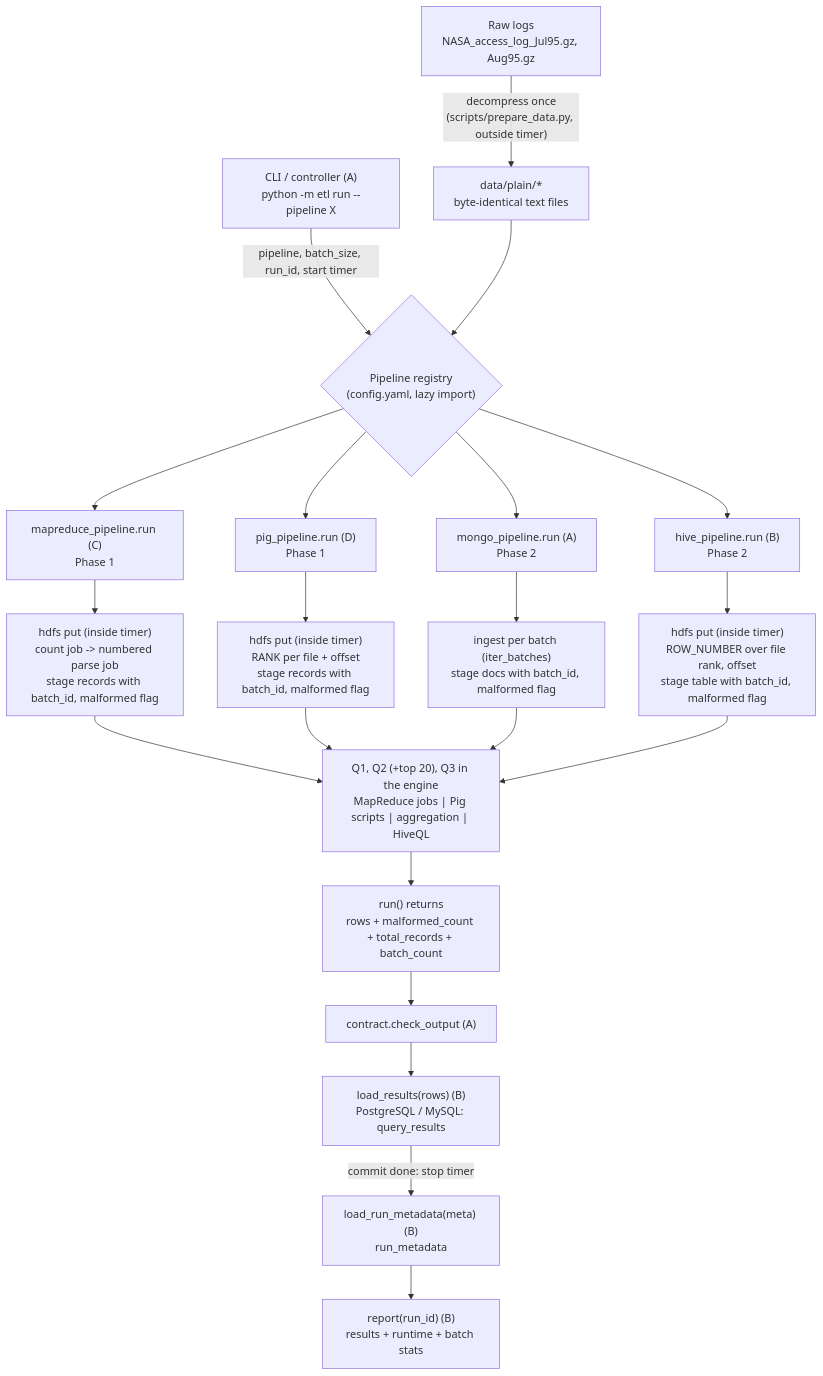
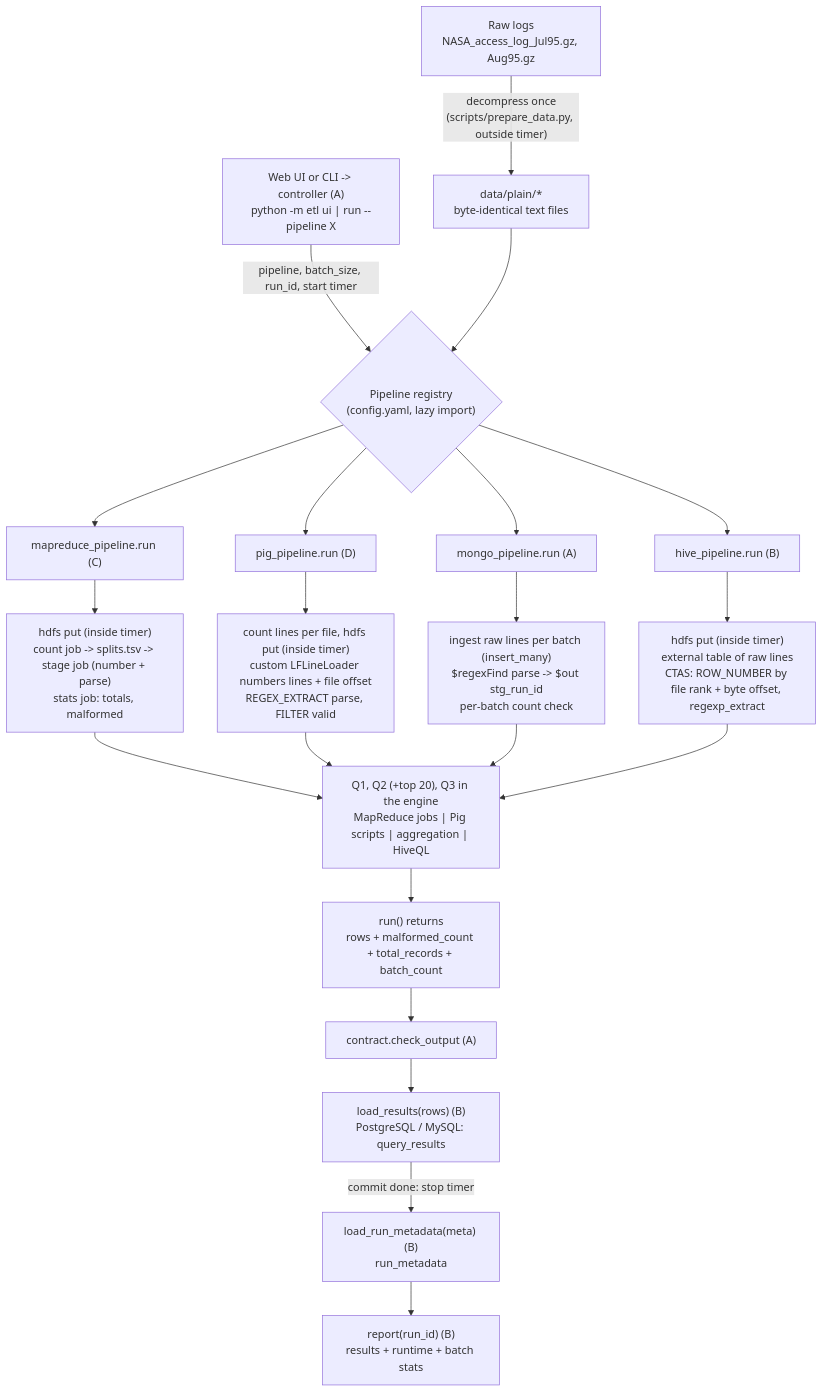
The diagram in docs/architecture.md (sparshagra/NoSQL_proj), drawn with Mermaid before and after one commit. The commit also changed other lines of this file and 13 other files, not shown here.

First line of the commit message:
Phase 2: fix Hive line order, corrected flowcharts, benchmark summary, video script

````diff
--- a/docs/architecture.md
+++ b/docs/architecture.md
@@ -7,23 +7,23 @@
 ```mermaid
 flowchart TD
     RAW["Raw logs<br/>NASA_access_log_Jul95.gz, Aug95.gz"] -->|"decompress once<br/>(scripts/prepare_data.py, outside timer)"| PLAIN["data/plain/*<br/>byte-identical text files"]
-    CLI["CLI / controller (A)<br/>python -m etl run --pipeline X"] -->|"pipeline, batch_size, run_id, start timer"| SEL{"Pipeline registry<br/>(config.yaml, lazy import)"}
+    CLI["Web UI or CLI -> controller (A)<br/>python -m etl ui | run --pipeline X"] -->|"pipeline, batch_size, run_id, start timer"| SEL{"Pipeline registry<br/>(config.yaml, lazy import)"}
     PLAIN --> SEL
-    SEL --> MR["mapreduce_pipeline.run (C)<br/>Phase 1"]
-    SEL --> PG["pig_pipeline.run (D)<br/>Phase 1"]
-    SEL --> MG["mongo_pipeline.run (A)<br/>Phase 2"]
-    SEL --> HV["hive_pipeline.run (B)<br/>Phase 2"]
-    MR --> CP1["hdfs put (inside timer)<br/>count job -> numbered parse job<br/>stage records with batch_id, malformed flag"]
-    PG --> CP2["hdfs put (inside timer)<br/>RANK per file + offset<br/>stage records with batch_id, malformed flag"]
-    MG --> CP3["ingest per batch (iter_batches)<br/>stage docs with batch_id, malformed flag"]
-    HV --> CP4["hdfs put (inside timer)<br/>ROW_NUMBER over file rank, offset<br/>stage table with batch_id, malformed flag"]
+    SEL --> MR["mapreduce_pipeline.run (C)"]
+    SEL --> PG["pig_pipeline.run (D)"]
+    SEL --> MG["mongo_pipeline.run (A)"]
+    SEL --> HV["hive_pipeline.run (B)"]
+    MR --> CP1["hdfs put (inside timer)<br/>count job -> splits.tsv -> stage job (number + parse)<br/>stats job: totals, malformed"]
+    PG --> CP2["count lines per file, hdfs put (inside timer)<br/>custom LFLineLoader numbers lines + file offset<br/>REGEX_EXTRACT parse, FILTER valid"]
+    MG --> CP3["ingest raw lines per batch (insert_many)<br/>$regexFind parse -> $out stg_run_id<br/>per-batch count check"]
+    HV --> CP4["hdfs put (inside timer)<br/>external table of raw lines<br/>CTAS: ROW_NUMBER by file rank + byte offset, regexp_extract"]
     CP1 --> Q["Q1, Q2 (+top 20), Q3 in the engine<br/>MapReduce jobs | Pig scripts | aggregation | HiveQL"]
     CP2 --> Q
     CP3 --> Q
     CP4 --> Q
     Q --> OUT["run() returns<br/>rows + malformed_count + total_records + batch_count"]
     OUT --> CHK["contract.check_output (A)"]
     CHK --> LOAD["load_results(rows) (B)<br/>PostgreSQL / MySQL: query_results"]
     LOAD -->|"commit done: stop timer"| META["load_run_metadata(meta) (B)<br/>run_metadata"]
     META --> REP["report(run_id) (B)<br/>results + runtime + batch stats"]
 ```
````
